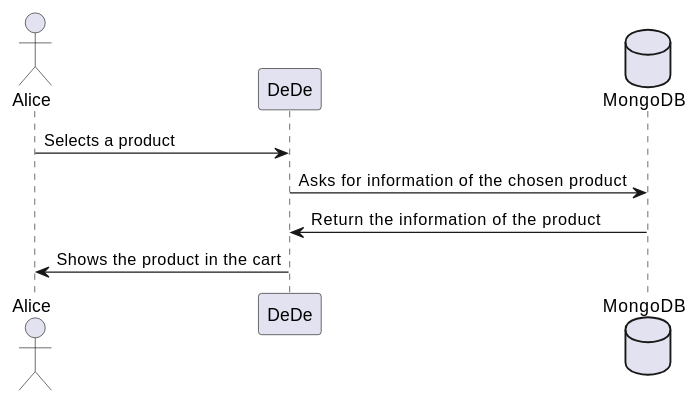
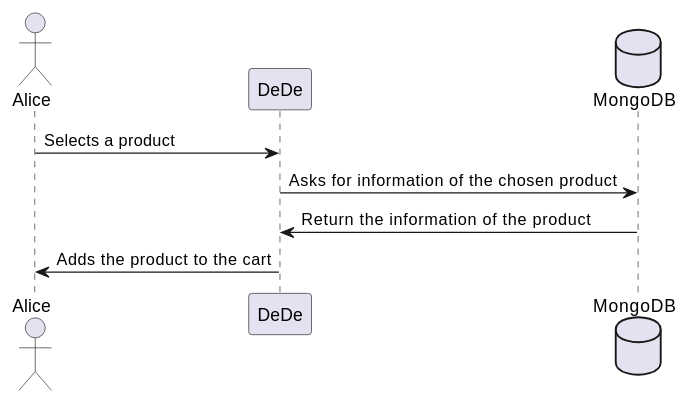
Before and after one commit to Arquisoft/dede_en1a: the first of 3 diagrams in docs/06_runtime_view.adoc, drawn with PlantUML. The commit also changed other lines of this file, not shown here.

```diff
--- a/docs/06_runtime_view.adoc
+++ b/docs/06_runtime_view.adoc
@@ -9,11 +9,11 @@
 [plantuml,"alice_order",png]
 ----
 actor Alice
 participant DeDe
 database MongoDB
 
 Alice -> DeDe : Selects a product
 DeDe -> MongoDB : Asks for information of the chosen product
 DeDe <- MongoDB : Return the information of the product
-Alice <- DeDe : Shows the product in the cart
+Alice <- DeDe : Adds the product to the cart
 ----
```
